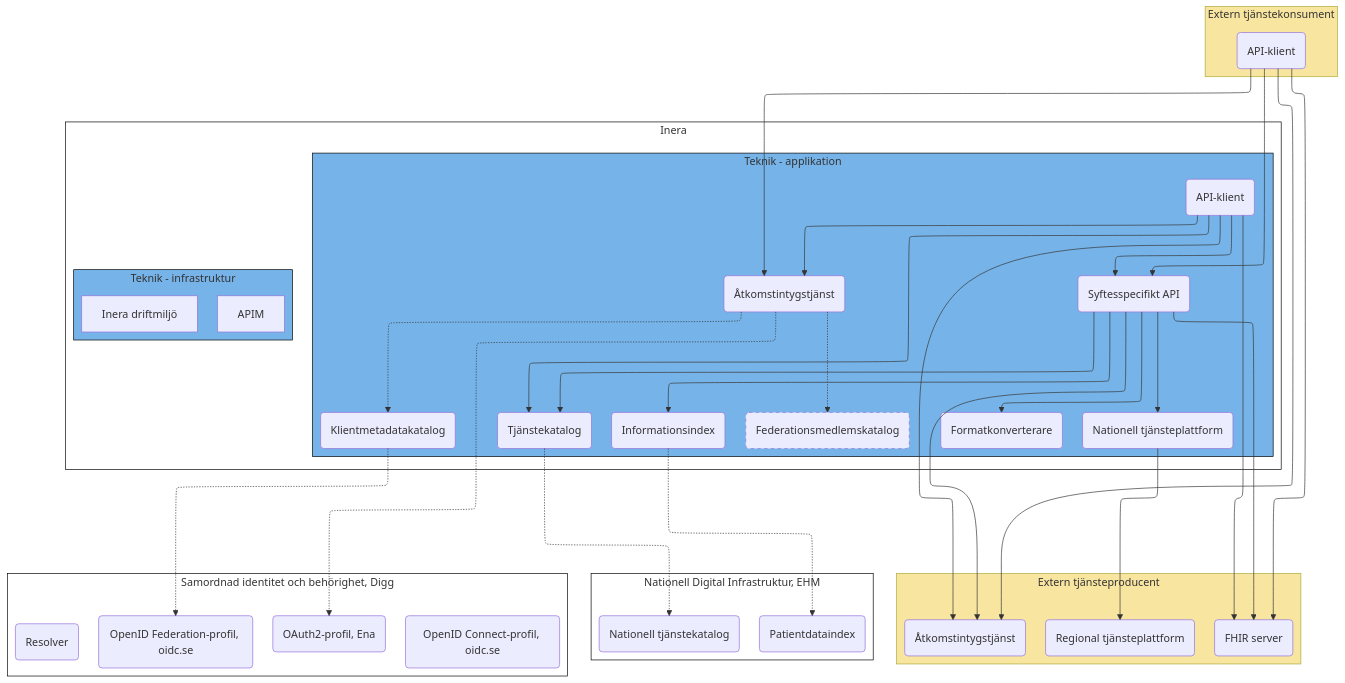
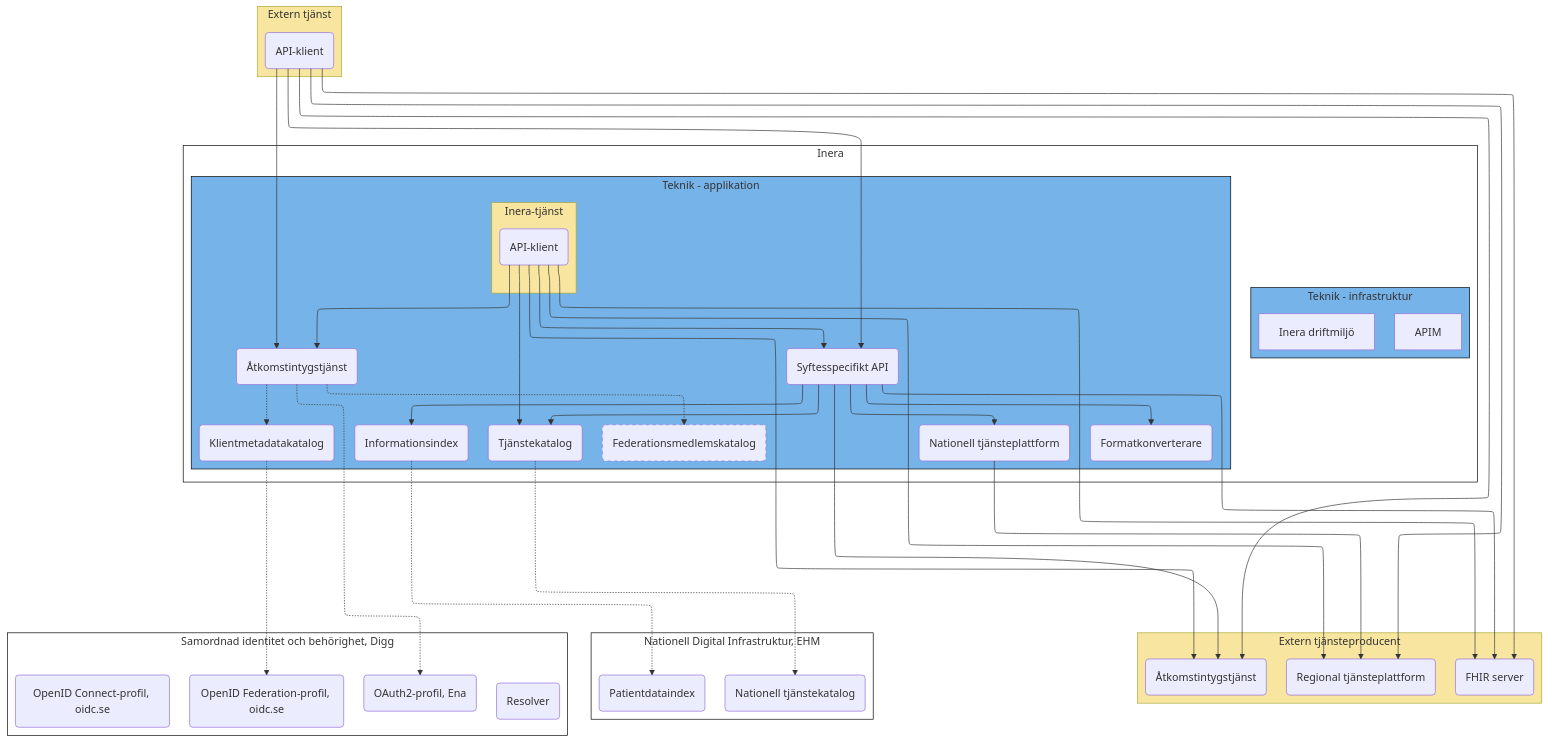
The first of 3 diagrams in T2-krav/solution.md (anders-malmros-inera/t2mmd), drawn with Mermaid before and after one commit. The commit also changed other lines of this file, not shown here.

````diff
--- a/T2-krav/solution.md
+++ b/T2-krav/solution.md
@@ -7,7 +7,9 @@
 subgraph inera[Inera]
 
     subgraph app[Teknik - applikation]
-        itk1(API-klient)
+        subgraph itk[Inera-tjänst]
+            itk1(API-klient)
+        end
 
         itp1(Syftesspecifikt API)
 
@@ -28,7 +30,7 @@
     end
 end
 
-subgraph tk[Extern tjänstekonsument]
+subgraph tk[Extern tjänst]
     tkc(API-klient)
 end
 
@@ -75,13 +77,13 @@
 itp1 --> sifk
 
 %% anropa producent-API för att göra diret anrop eller hämta refererad data i aggregerat svar
-itk1 --> tpas & tpfs
+itk1 --> tpas & tpfs & tprtp
 
 %% extern konsument anropar Inera-API 
 tkc --> sias & itp1
 
 %% extern konsument anropar producent-API direkt för att hämta refererad data
-tkc --> tpas & tpfs
+tkc --> tpas & tpfs  & tprtp
 
 %% 
 sifmk ~~~ tpas
@@ -90,6 +92,7 @@
 style app fill:#76b3e8,stroke:#000000
 style infra fill:#76b3e8,stroke:#000000
 style tk fill:#F8E5A0
+style itk fill:#F8E5A0
 style tp fill:#F8E5A0
 style ndi fill:#FFFFFF,stroke:#000000
 style sib fill:#FFFFFF,stroke:#000000
@@ -99,5 +102,4 @@
 %% Formatting for elk renderer
 
 %% Formatting for dagre (standard) renderer
-sias~~~~~~~~ndi & sib & tp
 ```
````
